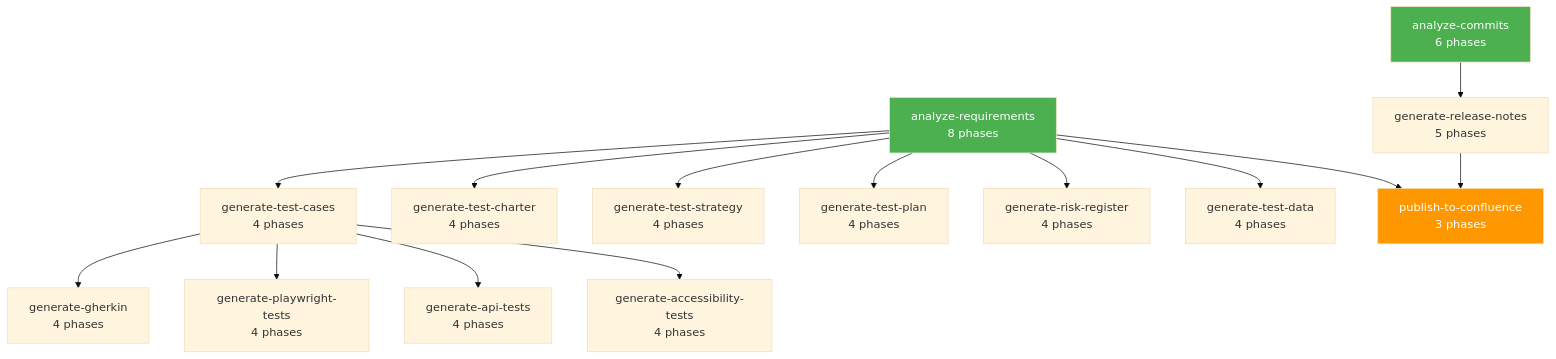
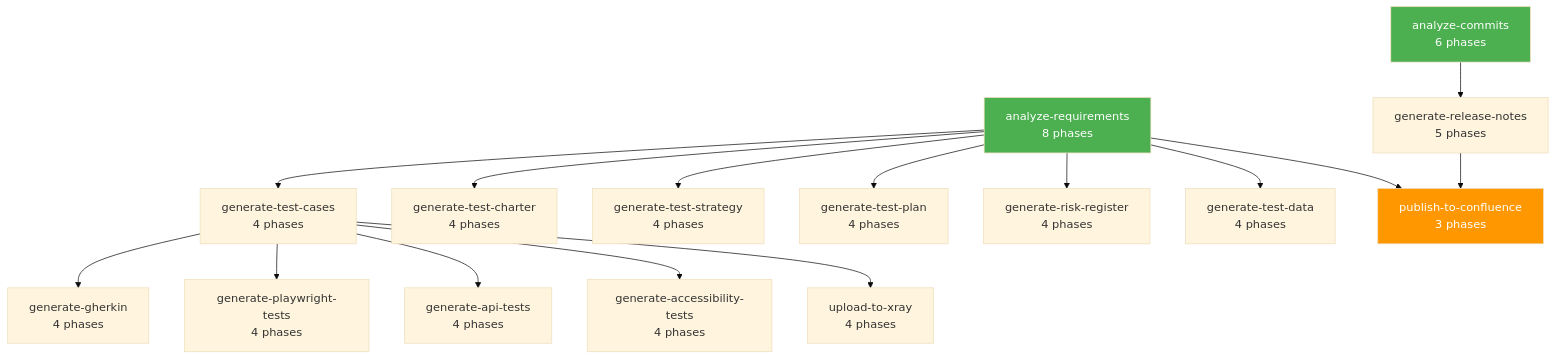
Before and after one commit to taouani/agent-qa: the first of 2 diagrams in README.md, drawn with Mermaid (base theme). The commit also changed other lines of this file and 4 other files, not shown here.

First line of the commit message:
docs: document the xray upload command

````diff
--- a/README.md
+++ b/README.md
@@ -228,21 +237,22 @@
 ```mermaid
 graph TD
     AR[analyze-requirements<br/>8 phases] --> TC[generate-test-cases<br/>4 phases]
     AR --> TCh[generate-test-charter<br/>4 phases]
     AR --> TS[generate-test-strategy<br/>4 phases]
     AR --> TP[generate-test-plan<br/>4 phases]
     AR --> RR[generate-risk-register<br/>4 phases]
     TC --> GK[generate-gherkin<br/>4 phases]
     TC --> PW[generate-playwright-tests<br/>4 phases]
     TC --> API[generate-api-tests<br/>4 phases]
     TC --> A11Y[generate-accessibility-tests<br/>4 phases]
+    TC --> XR[upload-to-xray<br/>4 phases]
     AR --> TD[generate-test-data<br/>4 phases]
     AR --> PC[publish-to-confluence<br/>3 phases]
 
     AC[analyze-commits<br/>6 phases] --> RN[generate-release-notes<br/>5 phases]
     RN --> PC
 
     style AR fill:#4CAF50,color:#fff
     style AC fill:#4CAF50,color:#fff
     style PC fill:#FF9800,color:#fff
 ```
````
